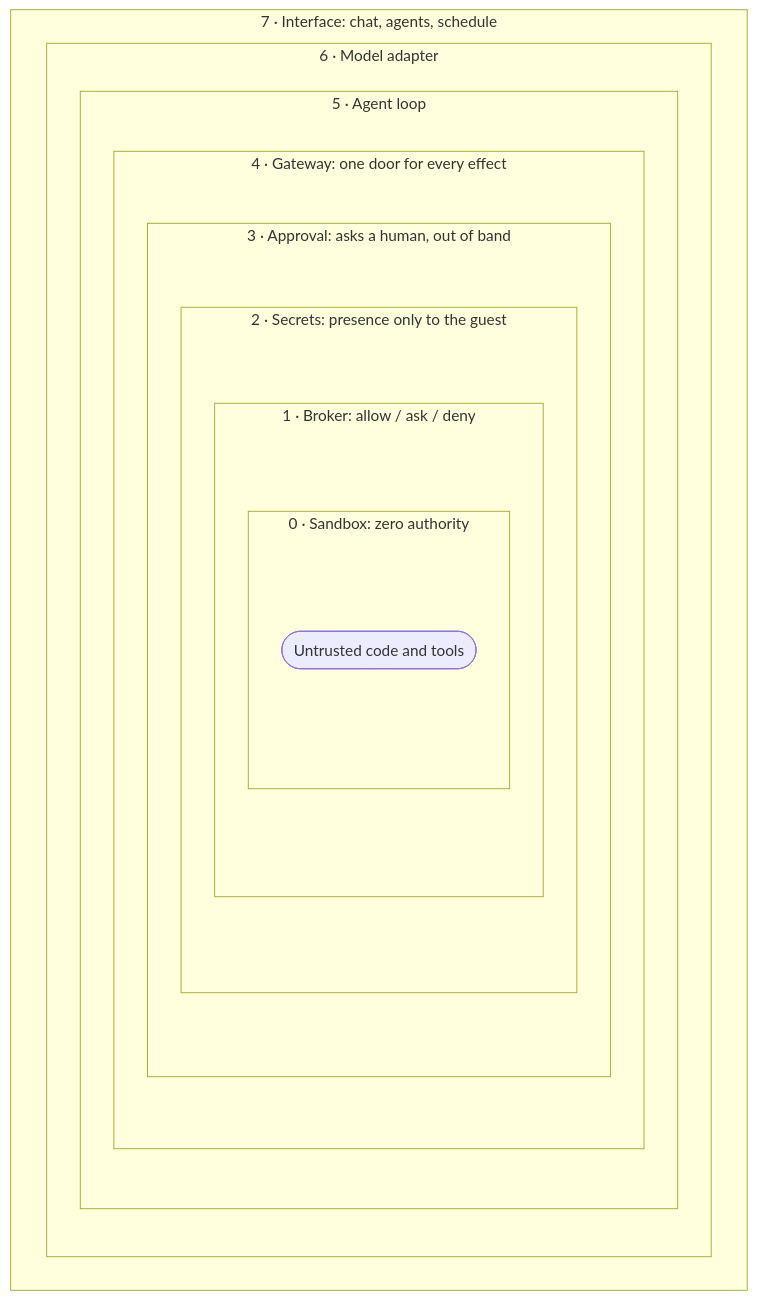
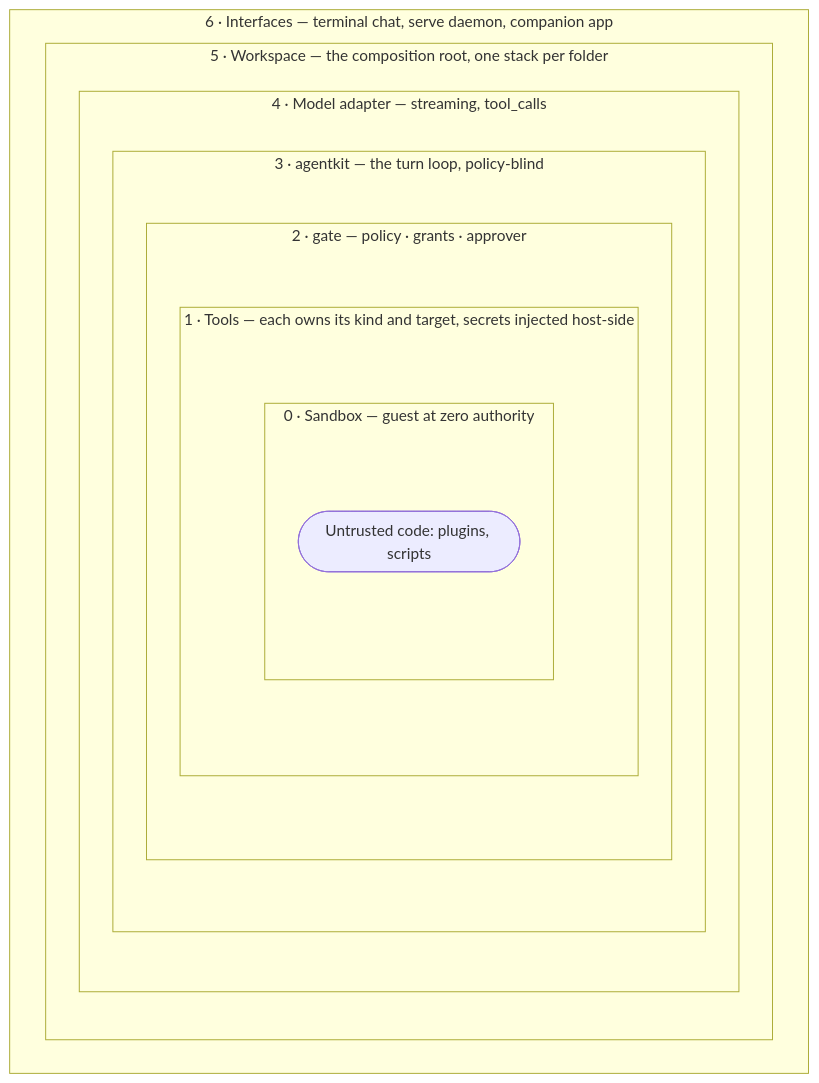
One commit to efuturetoday/nocturn changed the diagram in docs/src/content/docs/architecture/the-onion.md. Above: the diagram before and after it, drawn with Mermaid. The commit also changed other lines of this file and 78 other files, not shown here.

````diff
--- a/docs/src/content/docs/architecture/the-onion.md
+++ b/docs/src/content/docs/architecture/the-onion.md
@@ -11,20 +10,18 @@
 ```mermaid
 flowchart TB
-  subgraph L7 [7 · Interface: chat, agents, schedule]
-   subgraph L6 [6 · Model adapter]
-    subgraph L5 [5 · Agent loop]
-     subgraph L4 [4 · Gateway: one door for every effect]
-      subgraph L3 [3 · Approval: asks a human, out of band]
-       subgraph L2 [2 · Secrets: presence only to the guest]
-        subgraph L1 [1 · Broker: allow / ask / deny]
-         subgraph L0 [0 · Sandbox: zero authority]
-          code([Untrusted code and tools])
-         end
+  subgraph L6 ["6 · Interfaces — terminal chat, serve daemon, companion app"]
+   subgraph L5 ["5 · Workspace — the composition root, one stack per folder"]
+    subgraph L4 ["4 · Model adapter — streaming, tool_calls"]
+     subgraph L3 ["3 · agentkit — the turn loop, policy-blind"]
+      subgraph L2 ["2 · gate — policy · grants · approver"]
+       subgraph L1 ["1 · Tools — each owns its kind and target, secrets injected host-side"]
+        subgraph L0 ["0 · Sandbox — guest at zero authority"]
+         code([Untrusted code: plugins, scripts])
         end
        end
       end
      end
     end
    end
   end
 ```
````
